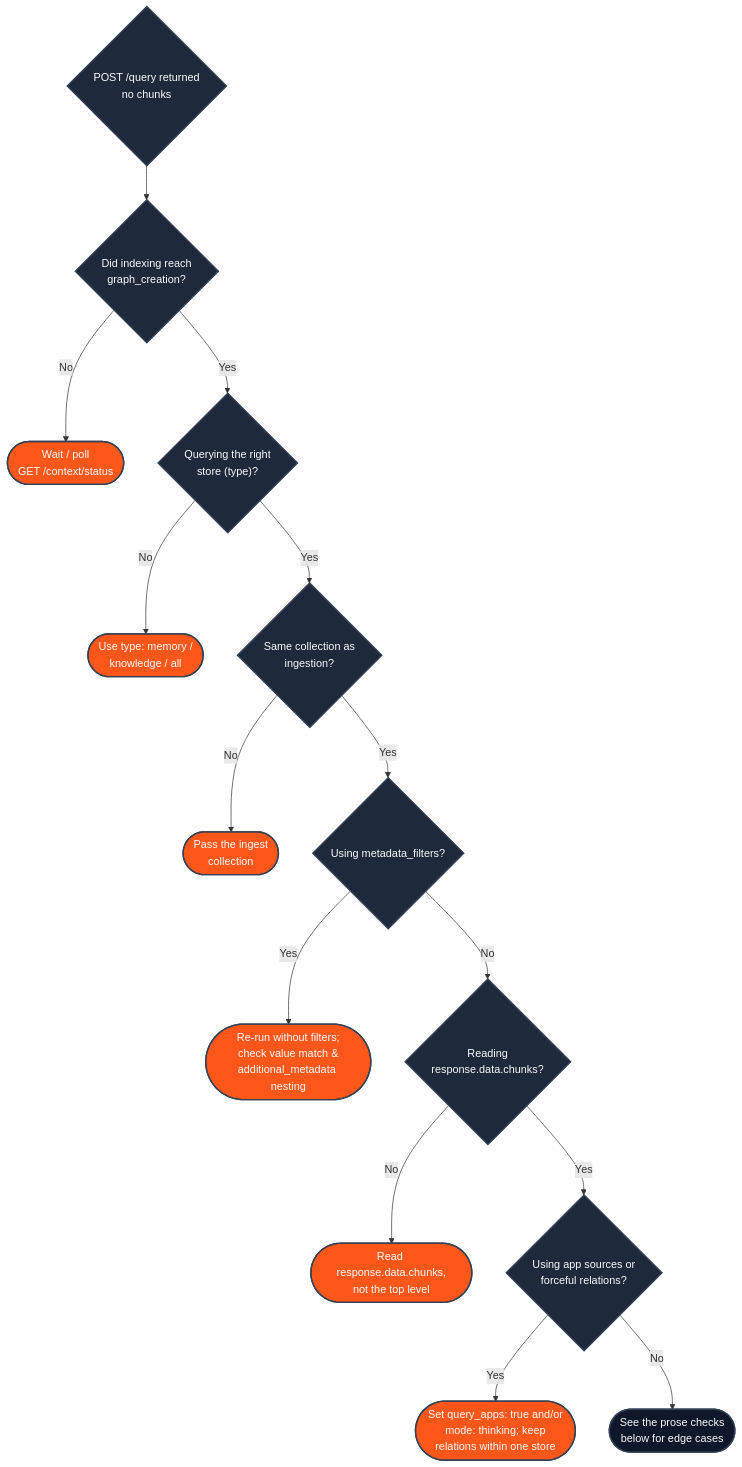
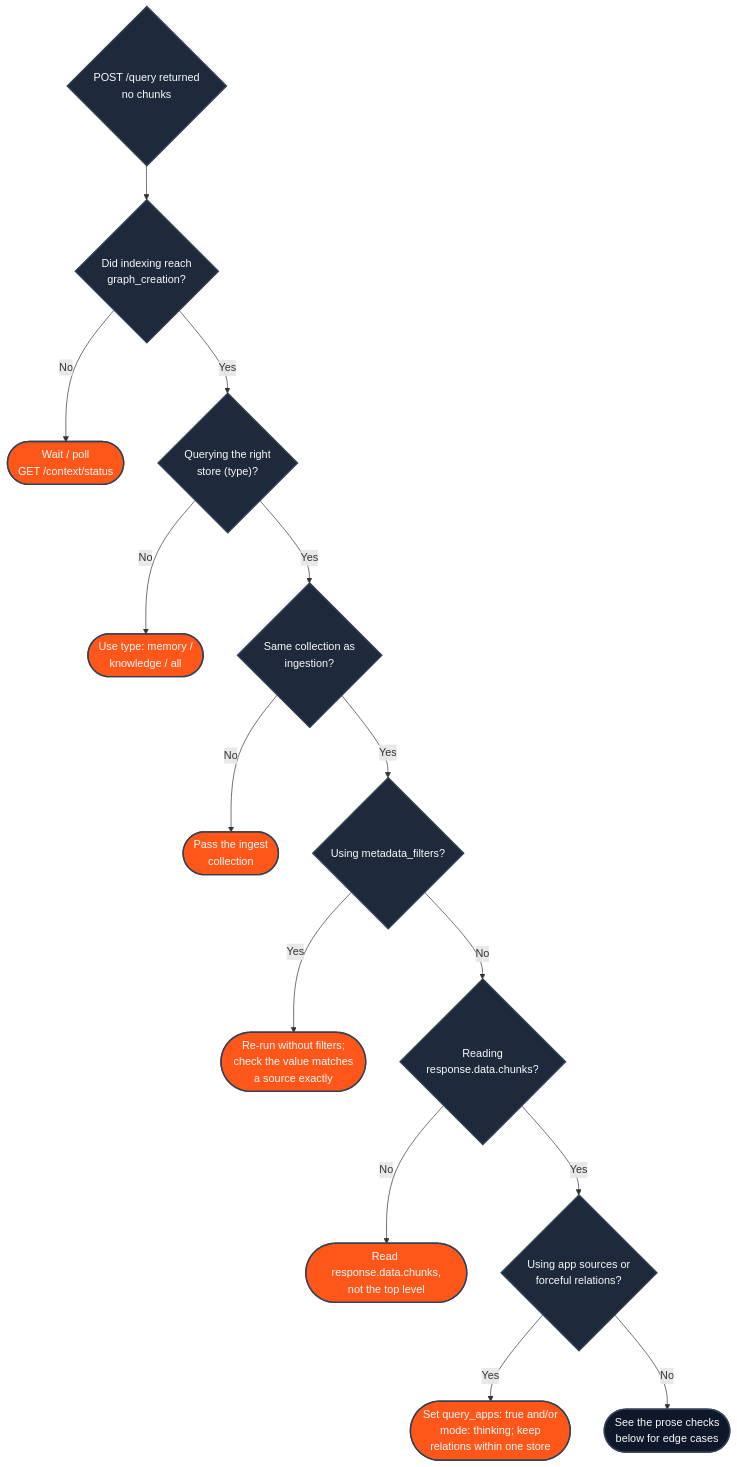
Before and after one commit to hydra-db/mintlify-docs: the diagram in essentials/v2/troubleshooting.mdx, drawn with Mermaid. The commit also changed other lines of this file, not shown here.

First line of the commit message:
docs(v2): keep silently-ignored filters out of the empty-results fix

````diff
--- a/essentials/v2/troubleshooting.mdx
+++ b/essentials/v2/troubleshooting.mdx
@@ -8,32 +8,32 @@
 ```mermaid
 flowchart TD
     S{"POST /query returned<br/>no chunks"}
     S --> C1{"Did indexing reach<br/>graph_creation?"}
     C1 -- "No" --> F1(["Wait / poll<br/>GET /context/status"])
     C1 -- "Yes" --> C2{"Querying the right<br/>store (type)?"}
     C2 -- "No" --> F2(["Use type: memory /<br/>knowledge / all"])
     C2 -- "Yes" --> C3{"Same collection as<br/>ingestion?"}
     C3 -- "No" --> F3(["Pass the ingest<br/>collection"])
     C3 -- "Yes" --> C4{"Using metadata_filters?"}
-    C4 -- "Yes" --> F4(["Re-run without filters;<br/>check value match &<br/>additional_metadata nesting"])
+    C4 -- "Yes" --> F4(["Re-run without filters;<br/>check the value matches<br/>a source exactly"])
     C4 -- "No" --> C5{"Reading<br/>response.data.chunks?"}
     C5 -- "No" --> F5(["Read response.data.chunks,<br/>not the top level"])
     C5 -- "Yes" --> C6{"Using app sources or<br/>forceful relations?"}
     C6 -- "Yes" --> F6(["Set query_apps: true and/or<br/>mode: thinking; keep<br/>relations within one store"])
     C6 -- "No" --> F7(["See the prose checks<br/>below for edge cases"])
 
     style S fill:#1e293b,stroke:#334155,stroke-width:2px,color:#f8fafc
     style C1 fill:#1e293b,stroke:#334155,stroke-width:2px,color:#f8fafc
     style C2 fill:#1e293b,stroke:#334155,stroke-width:2px,color:#f8fafc
     style C3 fill:#1e293b,stroke:#334155,stroke-width:2px,color:#f8fafc
     style C4 fill:#1e293b,stroke:#334155,stroke-width:2px,color:#f8fafc
     style C5 fill:#1e293b,stroke:#334155,stroke-width:2px,color:#f8fafc
     style C6 fill:#1e293b,stroke:#334155,stroke-width:2px,color:#f8fafc
     style F1 fill:#FF571A,stroke:#334155,stroke-width:2px,color:#f8fafc
     style F2 fill:#FF571A,stroke:#334155,stroke-width:2px,color:#f8fafc
     style F3 fill:#FF571A,stroke:#334155,stroke-width:2px,color:#f8fafc
     style F4 fill:#FF571A,stroke:#334155,stroke-width:2px,color:#f8fafc
     style F5 fill:#FF571A,stroke:#334155,stroke-width:2px,color:#f8fafc
     style F6 fill:#FF571A,stroke:#334155,stroke-width:2px,color:#f8fafc
     style F7 fill:#0f172a,stroke:#334155,stroke-width:2px,color:#f8fafc
 ```
````
